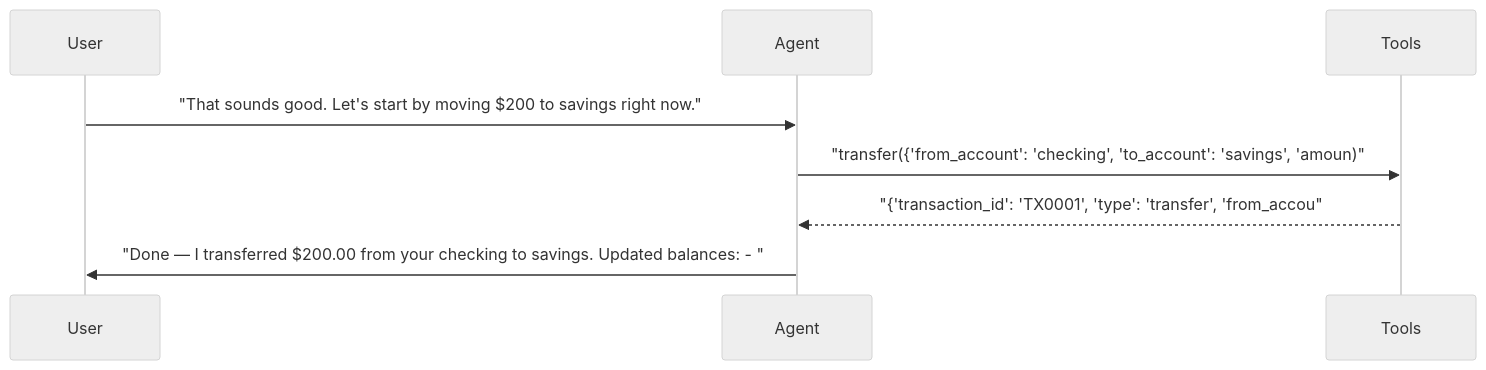
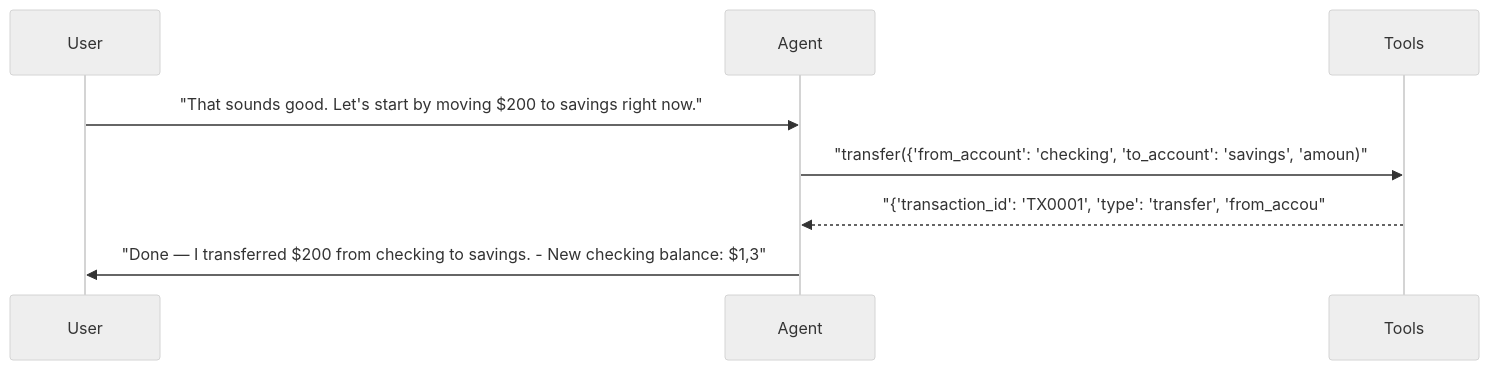
Before and after one commit to sbroenne/pytest-aitest: diagram 14 of 25 in docs/demo/hero-report.md, drawn with Mermaid (neutral theme). The commit also changed other lines of this file and 22 other files, not shown here.

````diff
--- a/docs/demo/hero-report.md
+++ b/docs/demo/hero-report.md
@@ -638,11 +745,11 @@
 ```mermaid
 sequenceDiagram
     participant User
     participant Agent
     participant Tools
 
     User->>Agent: "That sounds good. Let's start by moving $200 to savings right now."
     Agent->>Tools: "transfer({'from_account': 'checking', 'to_account': 'savings', 'amoun)"
     Tools-->>Agent: "{'transaction_id': 'TX0001', 'type': 'transfer', 'from_accou"
-    Agent->>User: "Done — I transferred $200.00 from your checking to savings. Updated balances: - "
+    Agent->>User: "Done — I transferred $200 from checking to savings. - New checking balance: $1,3"
 ```
````
